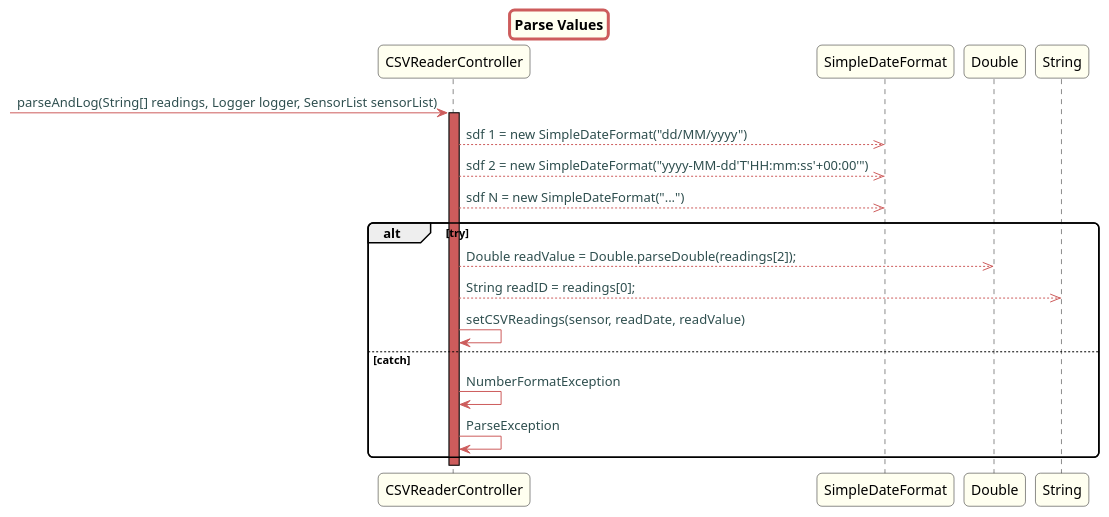
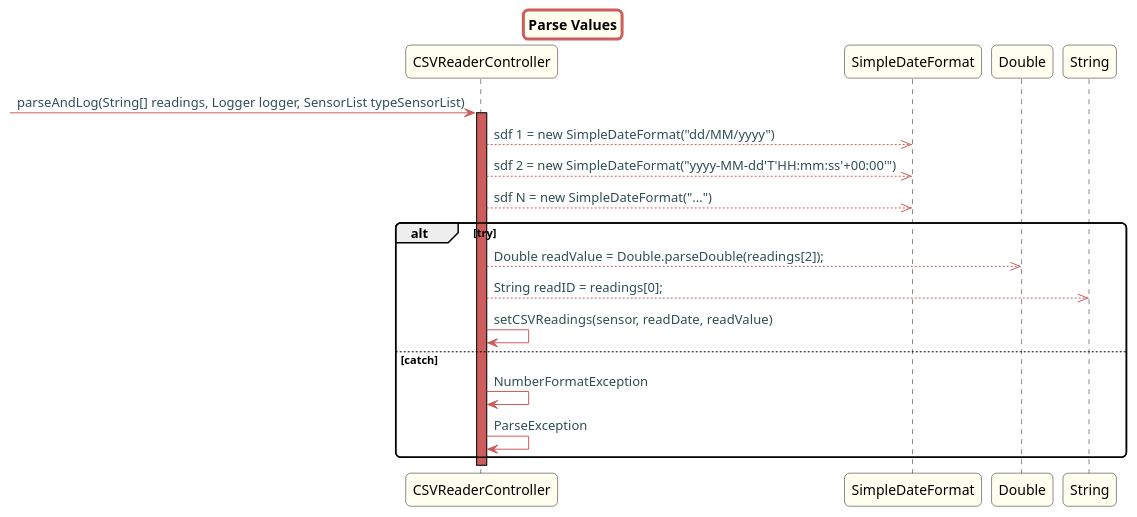
Before and after one commit to Almadanmp/project: the diagram in src/doc/Controllers/HouseConfiguration/US20/US20ParseValues_sd_HouseConfiguration.puml, drawn with PlantUML. The commit also changed 23 other files, not shown here.

Commit message:
REF #175 initial attempt on adding TypeSensor Repository commented classes that will be later arranged

```diff
--- a/src/doc/Controllers/HouseConfiguration/US20/US20ParseValues_sd_HouseConfiguration.puml
+++ b/src/doc/Controllers/HouseConfiguration/US20/US20ParseValues_sd_HouseConfiguration.puml
@@ -1,52 +1,52 @@
 @startuml
 
 title Parse Values
 
 skinparam titleBorderRoundCorner 10
 skinparam titleBorderThickness 3
 skinparam titleBorderColor indianred
 skinparam titleBackgroundColor ivory
 skinparam FontName quicksand
 
 skinparam actor {
  	BorderColor indianred
  	}
 
  skinparam sequence {
  	LifeLineBackgroundColor indianred
  	ParticipantBackgroundColor ivory
  }
 
  skinparam roundcorner 10
 
  skinparam component {
    arrowThickness 1
    ArrowFontName Verdana
    ArrowColor indianred
    ArrowFontColor darkslategrey
  }
 
 
 
--> CSVReaderController: parseAndLog(String[] readings, Logger logger, SensorList sensorList)
+-> CSVReaderController: parseAndLog(String[] readings, Logger logger, SensorList typeSensorList)
 activate CSVReaderController
 
 CSVReaderController -->> SimpleDateFormat: sdf 1 = new SimpleDateFormat("dd/MM/yyyy")
 CSVReaderController -->> SimpleDateFormat: sdf 2 = new SimpleDateFormat("yyyy-MM-dd'T'HH:mm:ss'+00:00'")
 CSVReaderController -->> SimpleDateFormat: sdf N = new SimpleDateFormat("...")
 
 alt try
 
 CSVReaderController -->> Double: Double readValue = Double.parseDouble(readings[2]);
 CSVReaderController -->> String:String readID = readings[0];
 CSVReaderController -> CSVReaderController: setCSVReadings(sensor, readDate, readValue)
 
 else catch
 CSVReaderController -> CSVReaderController: NumberFormatException
 CSVReaderController -> CSVReaderController: ParseException
 
 end
 
 
 
 @enduml
```
